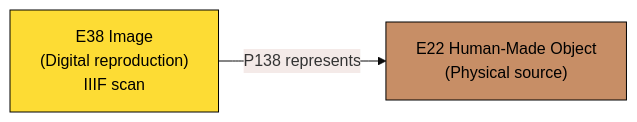
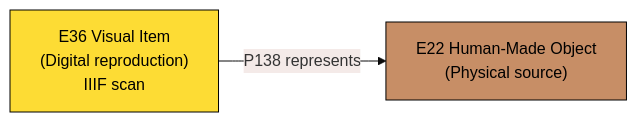
Before and after one commit to jonaschlegel/suriname-database-model: the second of 8 diagrams in docs/models/source-pattern-explained.mdx, drawn with Mermaid. The commit also changed other lines of this file and 15 other files, not shown here.

````diff
--- a/docs/models/source-pattern-explained.mdx
+++ b/docs/models/source-pattern-explained.mdx
@@ -44,16 +44,16 @@
 ```mermaid
 %%{init: {'theme': 'base', 'themeVariables': { 'primaryColor': '#e8f4ea'}}}%%
 flowchart LR
-    E38["E38 Image
+    E36_IMG["E36 Visual Item
     (Digital reproduction)
     IIIF scan"]
     E22["E22 Human-Made Object
     (Physical source)"]
 
-    E38 -->|"P138 represents"| E22
+    E36_IMG -->|"P138 represents"| E22
 
     classDef crm_E18_Physical_Thing fill:#c78e66,stroke:#000000,color:#000000
     classDef crm_E28_Conceptual_Object fill:#fddc34,stroke:#000000,color:#000000
     class E22 crm_E18_Physical_Thing
-    class E38 crm_E28_Conceptual_Object
+    class E36_IMG crm_E28_Conceptual_Object
 ```
````
